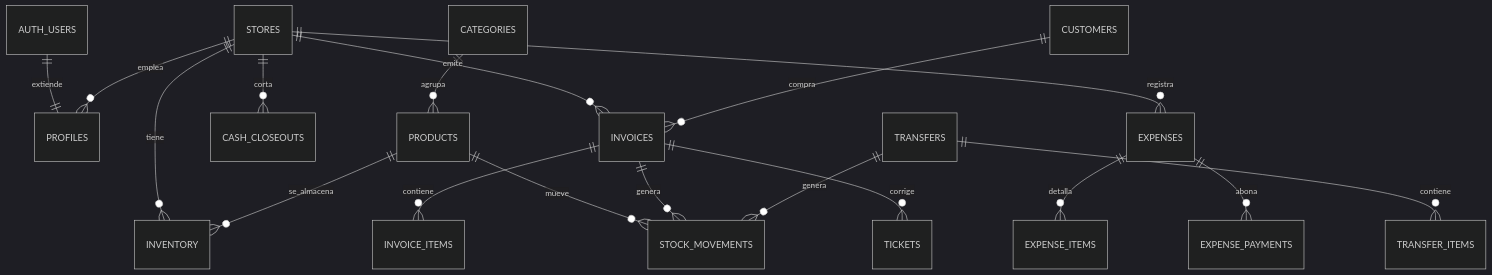
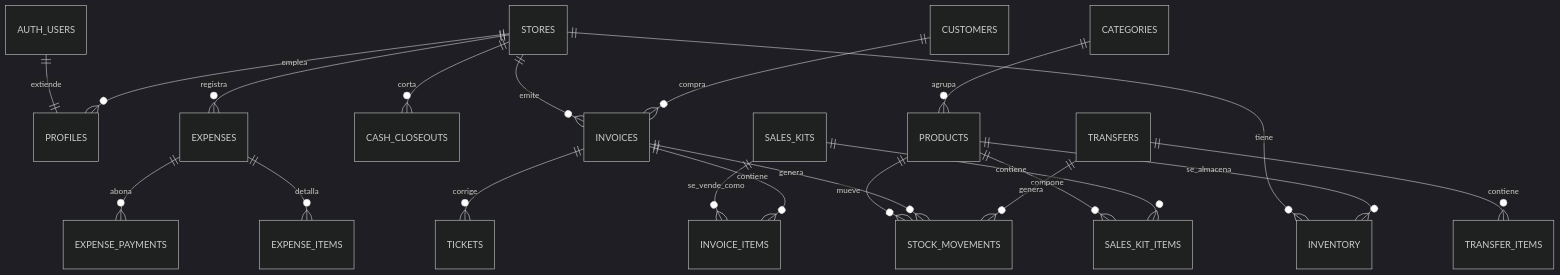
The diagram in docs/MODELO-DATOS.md (KuchenDevOps/Kilker_Inventory), drawn with Mermaid (dark theme) before and after one commit. The commit also changed other lines of this file and 19 other files, not shown here.

````diff
--- a/docs/MODELO-DATOS.md
+++ b/docs/MODELO-DATOS.md
@@ -115,20 +125,23 @@
 ```mermaid
 erDiagram
     AUTH_USERS ||--|| PROFILES : extiende
     STORES ||--o{ INVENTORY : tiene
     STORES ||--o{ PROFILES : emplea
     STORES ||--o{ INVOICES : emite
     STORES ||--o{ CASH_CLOSEOUTS : corta
     STORES ||--o{ EXPENSES : registra
     CATEGORIES ||--o{ PRODUCTS : agrupa
     PRODUCTS ||--o{ INVENTORY : se_almacena
     PRODUCTS ||--o{ STOCK_MOVEMENTS : mueve
+    PRODUCTS ||--o{ SALES_KIT_ITEMS : compone
+    SALES_KITS ||--o{ SALES_KIT_ITEMS : contiene
+    SALES_KITS ||--o{ INVOICE_ITEMS : se_vende_como
     CUSTOMERS ||--o{ INVOICES : compra
     INVOICES ||--o{ INVOICE_ITEMS : contiene
     INVOICES ||--o{ STOCK_MOVEMENTS : genera
     TRANSFERS ||--o{ TRANSFER_ITEMS : contiene
     TRANSFERS ||--o{ STOCK_MOVEMENTS : genera
     EXPENSES ||--o{ EXPENSE_ITEMS : detalla
     EXPENSES ||--o{ EXPENSE_PAYMENTS : abona
     INVOICES ||--o{ TICKETS : corrige
 ```
````
